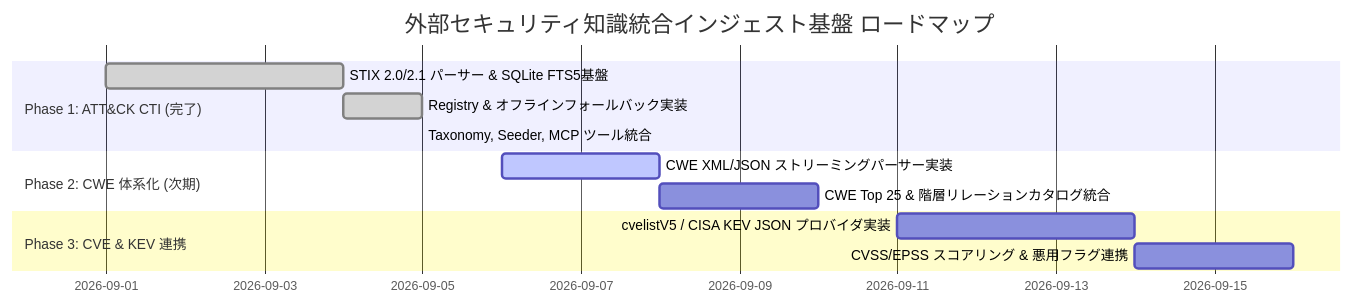
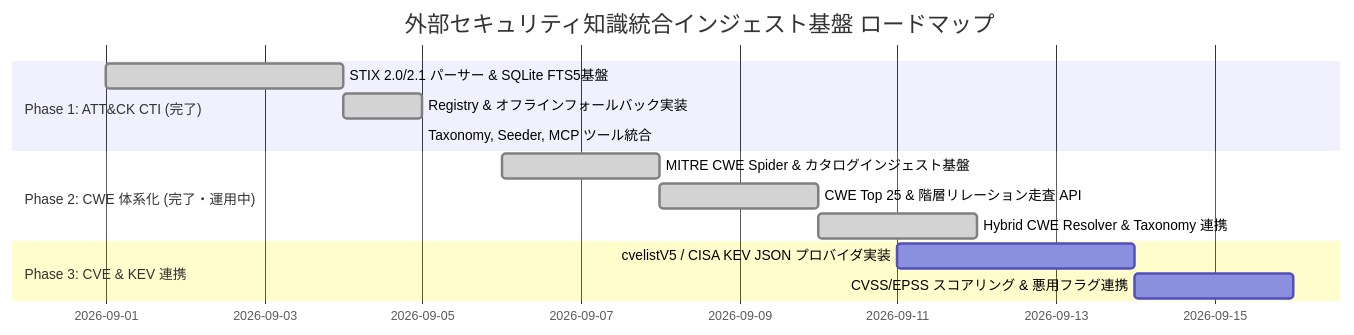
The fourth of 4 diagrams in docs/designs/DSN-20-external_security_knowledge_ingestion_and_catalog_architecture.md (rokujyouhitoma/arxiv-security-papers), drawn with Mermaid before and after one commit. The commit also changed other lines of this file and 10 other files, not shown here.

Commit message:
feat(spider): implement MITRE CWE catalog spider and storage ingestion (#222)

````diff
--- a/docs/designs/DSN-20-external_security_knowledge_ingestion_and_catalog_architecture.md
+++ b/docs/designs/DSN-20-external_security_knowledge_ingestion_and_catalog_architecture.md
@@ -431,15 +480,16 @@
 ```mermaid
 gantt
     title 外部セキュリティ知識統合インジェスト基盤 ロードマップ
     dateFormat  YYYY-MM-DD
     section Phase 1: ATT&CK CTI (完了)
     STIX 2.0/2.1 パーサー & SQLite FTS5基盤      :done, p1_1, 2026-09-01, 2026-09-04
     Registry & オフラインフォールバック実装      :done, p1_2, 2026-09-04, 2026-09-05
     Taxonomy, Seeder, MCP ツール統合            :done, p1_3, 2026-09-05, 2026-09-05
-    section Phase 2: CWE 体系化 (次期)
-    CWE XML/JSON ストリーミングパーサー実装     :active, p2_1, 2026-09-06, 2026-09-08
-    CWE Top 25 & 階層リレーションカタログ統合   :p2_2, 2026-09-08, 2026-09-10
+    section Phase 2: CWE 体系化 (完了・運用中)
+    MITRE CWE Spider & カタログインジェスト基盤 :done, p2_1, 2026-09-06, 2026-09-08
+    CWE Top 25 & 階層リレーション走査 API       :done, p2_2, 2026-09-08, 2026-09-10
+    Hybrid CWE Resolver & Taxonomy 連携         :done, p2_3, 2026-09-10, 2026-09-12
     section Phase 3: CVE & KEV 連携
     cvelistV5 / CISA KEV JSON プロバイダ実装    :p3_1, 2026-09-11, 2026-09-14
     CVSS/EPSS スコアリング & 悪用フラグ連携     :p3_2, 2026-09-14, 2026-09-16
 ```
````
